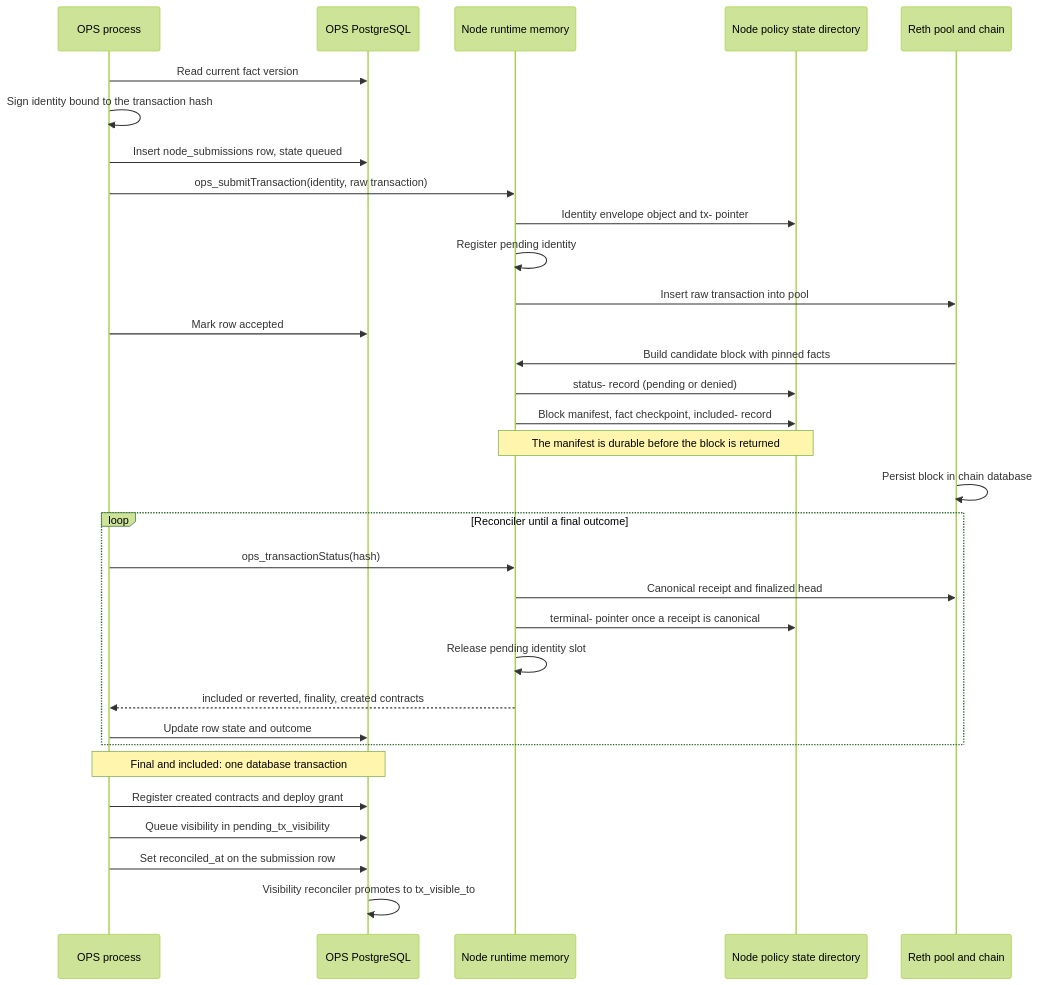
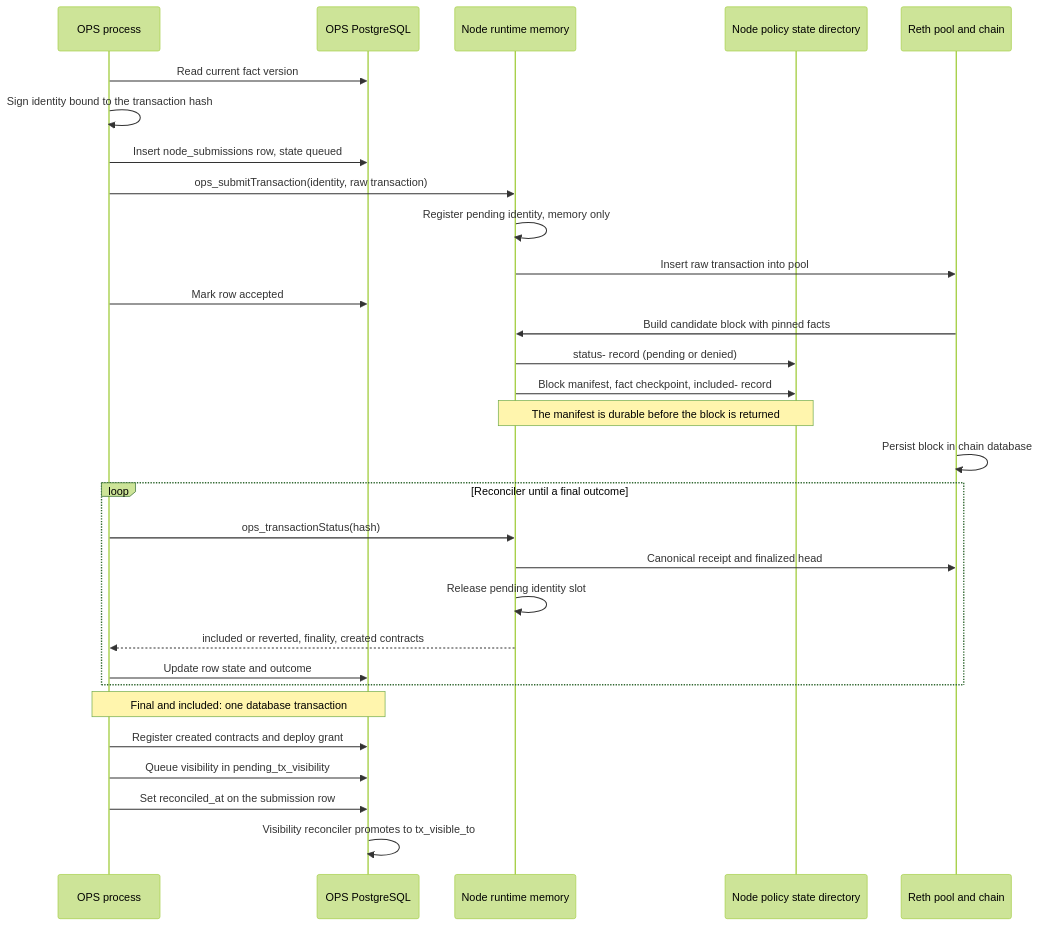
One commit to LFDT-Permissioned-Privacy-Control/permissioned-privacy-control changed the sixth of 6 diagrams in docs/architecture/reth-execution-flow.md. Above: the diagram before and after it, drawn with Mermaid (forest theme). The commit also changed other lines of this file and 15 other files, not shown here.

````diff
--- a/docs/architecture/reth-execution-flow.md
+++ b/docs/architecture/reth-execution-flow.md
@@ -331,34 +337,32 @@
 ```mermaid
 sequenceDiagram
     participant OPS as OPS process
     participant DB as OPS PostgreSQL
     participant RT as Node runtime memory
     participant Dir as Node policy state directory
     participant Reth as Reth pool and chain
     OPS->>DB: Read current fact version
     OPS->>OPS: Sign identity bound to the transaction hash
     OPS->>DB: Insert node_submissions row, state queued
     OPS->>RT: ops_submitTransaction(identity, raw transaction)
-    RT->>Dir: Identity envelope object and tx- pointer
-    RT->>RT: Register pending identity
+    RT->>RT: Register pending identity, memory only
     RT->>Reth: Insert raw transaction into pool
     OPS->>DB: Mark row accepted
     Reth->>RT: Build candidate block with pinned facts
     RT->>Dir: status- record (pending or denied)
     RT->>Dir: Block manifest, fact checkpoint, included- record
     Note over RT,Dir: The manifest is durable before the block is returned
     Reth->>Reth: Persist block in chain database
     loop Reconciler until a final outcome
         OPS->>RT: ops_transactionStatus(hash)
         RT->>Reth: Canonical receipt and finalized head
-        RT->>Dir: terminal- pointer once a receipt is canonical
         RT->>RT: Release pending identity slot
         RT-->>OPS: included or reverted, finality, created contracts
         OPS->>DB: Update row state and outcome
     end
     Note over OPS,DB: Final and included: one database transaction
     OPS->>DB: Register created contracts and deploy grant
     OPS->>DB: Queue visibility in pending_tx_visibility
     OPS->>DB: Set reconciled_at on the submission row
     DB->>DB: Visibility reconciler promotes to tx_visible_to
 ```
````
